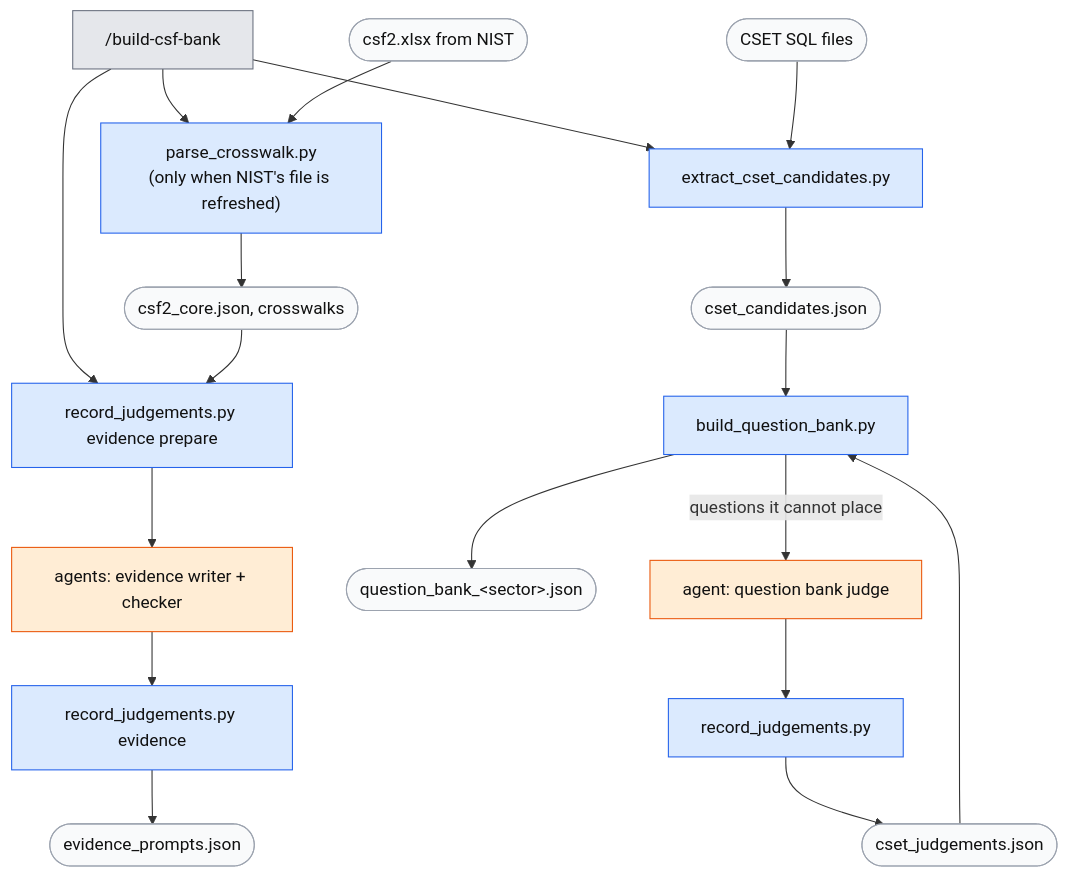
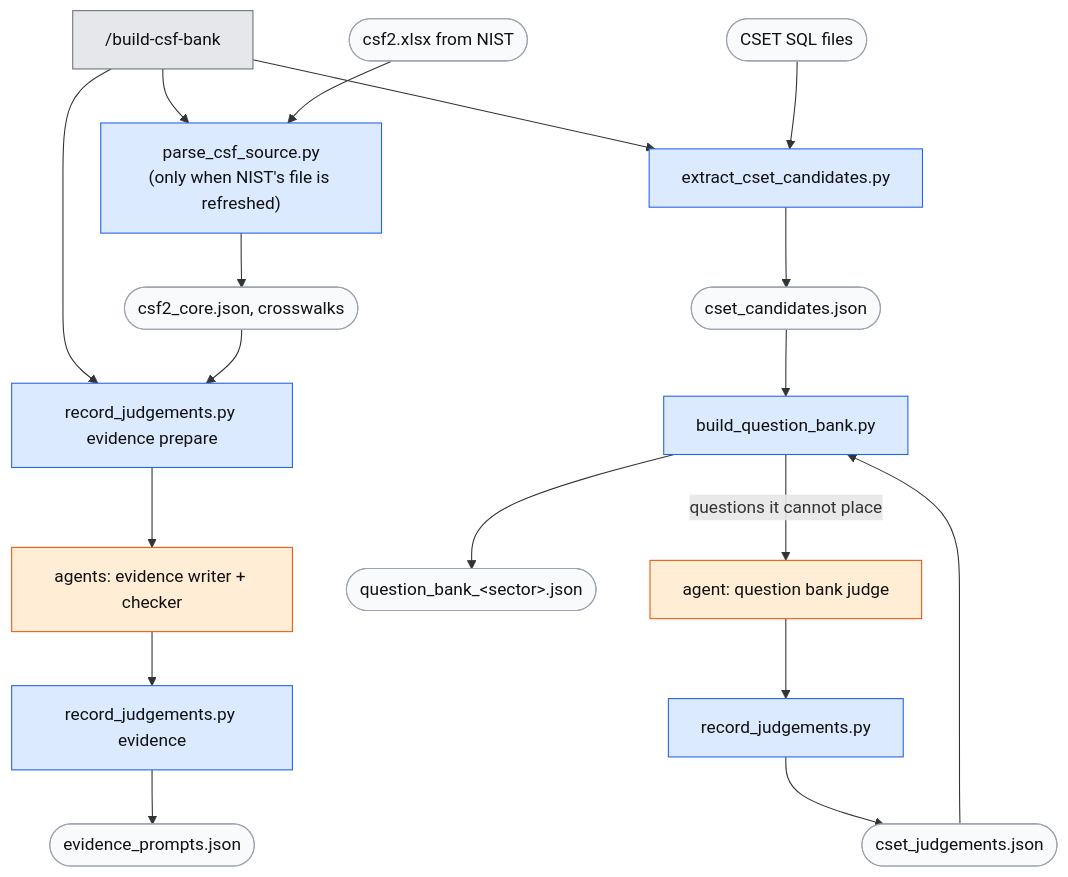
One commit to srilekha82/csf-ai-self-assessment changed the second of 3 diagrams in docs/guide.md. Above: the diagram before and after it, drawn with Mermaid. The commit also changed 10 other files, not shown here.

First line of the commit message:
parse_crosswalk.py -> parse_csf_source.py, certifications from data

````diff
--- a/docs/guide.md
+++ b/docs/guide.md
@@ -146,18 +146,18 @@
 ```mermaid
 flowchart TD
-    B["/build-csf-bank"]:::cmd --> PC["parse_crosswalk.py<br/>(only when NIST's file is refreshed)"]:::script
+    B["/build-csf-bank"]:::cmd --> PC["parse_csf_source.py<br/>(only when NIST's file is refreshed)"]:::script
     NIST([csf2.xlsx from NIST]):::file --> PC --> CORE([csf2_core.json, crosswalks]):::file
     B --> EX[extract_cset_candidates.py]:::script
     SQL([CSET SQL files]):::file --> EX --> CAND([cset_candidates.json]):::file --> BQB[build_question_bank.py]:::script
     BQB -- "questions it cannot place" --> JA["agent: question bank judge"]:::agent --> RJ[record_judgements.py]:::script --> JS([cset_judgements.json]):::file --> BQB
     BQB --> BANK([question_bank_&lt;sector&gt;.json]):::file
     B --> EP["record_judgements.py evidence prepare"]:::script
     CORE --> EP --> EW["agents: evidence writer + checker"]:::agent --> RE["record_judgements.py evidence"]:::script --> EVP([evidence_prompts.json]):::file
 
     classDef cmd fill:#e5e7eb,stroke:#6b7280,color:#111
     classDef script fill:#dbeafe,stroke:#2563eb,color:#111
     classDef agent fill:#ffedd5,stroke:#ea580c,color:#111
     classDef you fill:#dcfce7,stroke:#16a34a,color:#111
     classDef file fill:#f9fafb,stroke:#9ca3af,color:#111
     classDef stop fill:#fee2e2,stroke:#dc2626,color:#111
 ```
````
